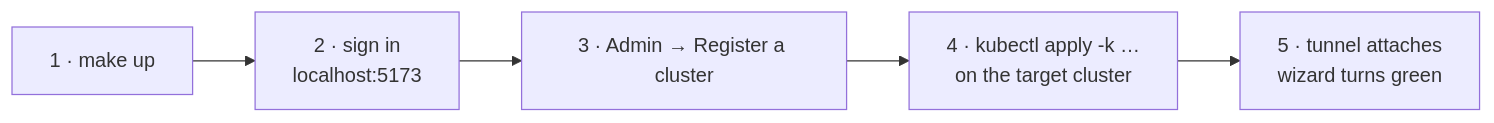
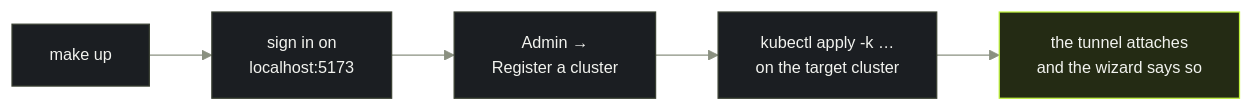
The fifth of 6 diagrams in README.md (kubemg/kubemg), drawn with Mermaid before and after one commit. The commit also changed other lines of this file and 2 other files, not shown here.

First line of the commit message:
docs(readme): put the README on the brand system, and lead with the trade (#69)

````diff
--- a/README.md
+++ b/README.md
@@ -297,4 +357,16 @@
 ```mermaid
+%%{init: {'theme':'base','themeVariables':{
+  'fontFamily':'-apple-system, BlinkMacSystemFont, Segoe UI, Helvetica, Arial, sans-serif','fontSize':'13px',
+  'primaryColor':'#1B1E22','primaryTextColor':'#F2F3EF','primaryBorderColor':'#3A4033',
+  'lineColor':'#8A9080','textColor':'#F2F3EF'
+}}}%%
 flowchart LR
-    S1["1 · make up"] --> S2["2 · sign in<br/>localhost:5173"] --> S3["3 · Admin → Register a cluster"] --> S4["4 · kubectl apply -k …<br/>on the target cluster"] --> S5["5 · tunnel attaches<br/>wizard turns green"]
+    S1["make up"] --> S2["sign in on<br/>localhost:5173"] --> S3["Admin →<br/>Register a cluster"] --> S4["kubectl apply -k …<br/>on the target cluster"] --> S5["the tunnel attaches<br/>and the wizard says so"]
+
+    %% The last step is the one you do not do: the cluster reaches back on its
+    %% own, which is the step the accent belongs on.
+    classDef step fill:#1B1E22,stroke:#3A4033,color:#F2F3EF
+    classDef done fill:#242B14,stroke:#BFF23C,color:#F2F3EF
+    class S1,S2,S3,S4 step
+    class S5 done
 ```
````
